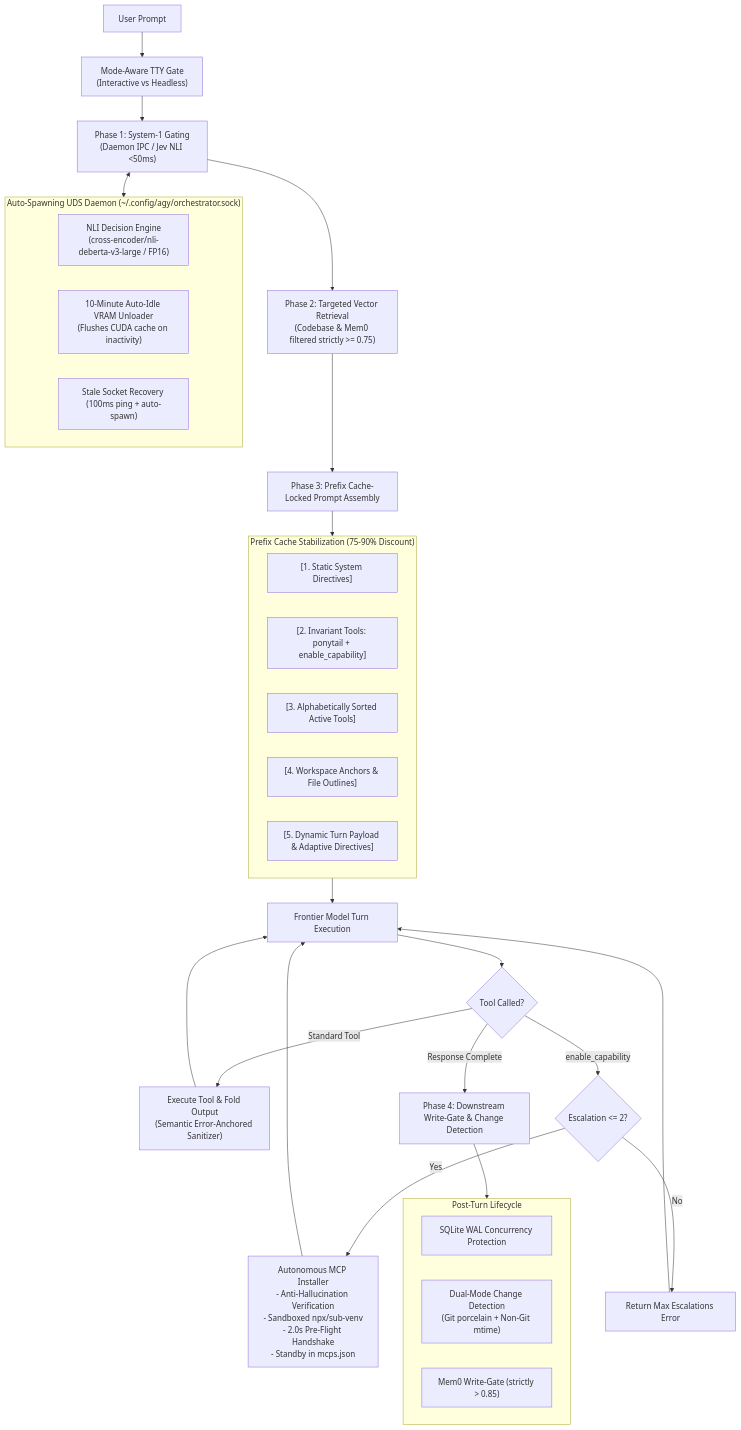
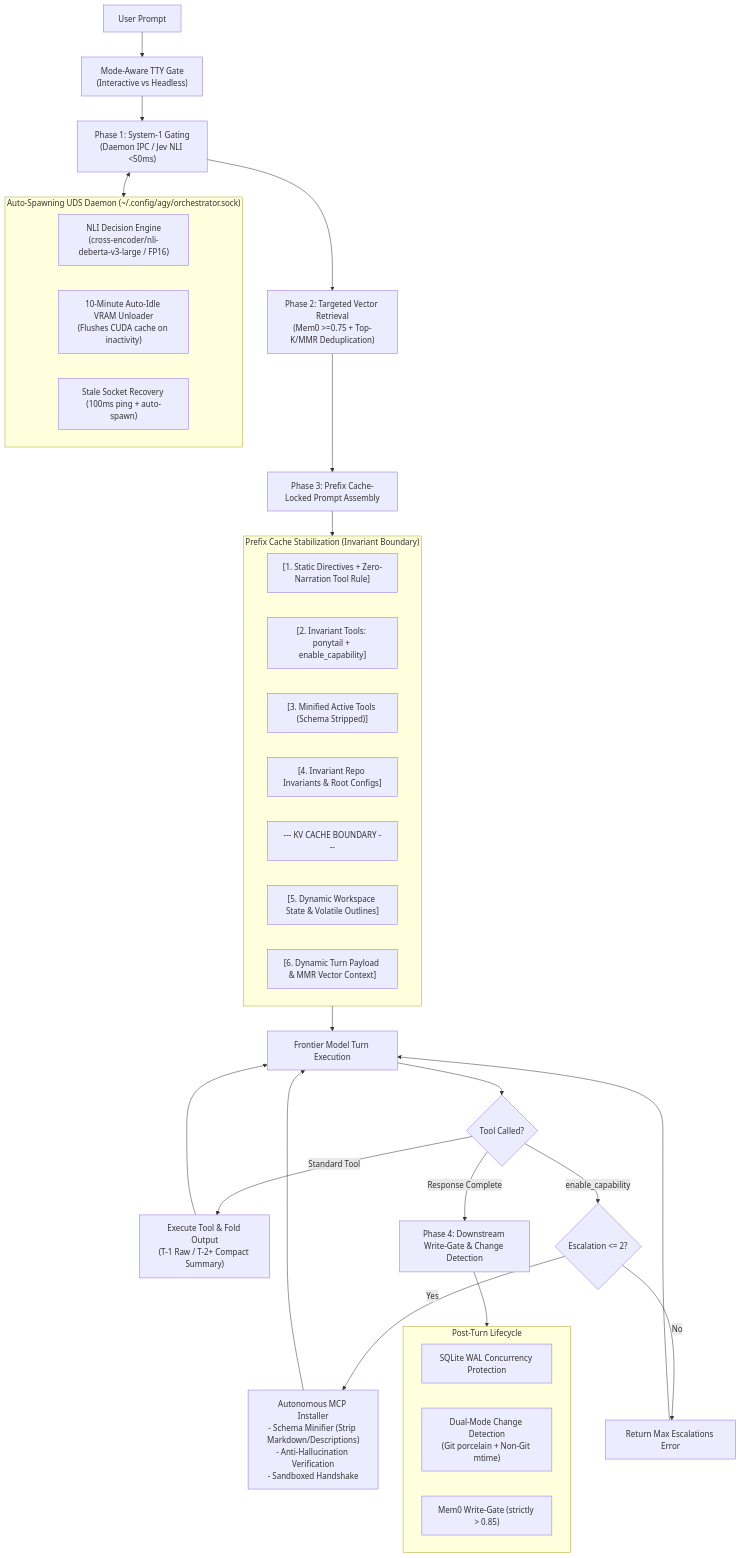
The diagram in README.md (jJohn313/agy-sovereign-orchestrator), drawn with Mermaid before and after one commit. The commit also changed other lines of this file, not shown here.

Commit message:
docs: update architecture overview, prompt caching, MMR retrieval, and test suites in README

````diff
--- a/README.md
+++ b/README.md
@@ -15,42 +15,47 @@
 ```mermaid
 flowchart TD
     User["User Prompt"] --> Mode["Mode-Aware TTY Gate\n(Interactive vs Headless)"]
     Mode --> P1["Phase 1: System-1 Gating\n(Daemon IPC / Jev NLI &lt;50ms)"]
 
     subgraph Daemon ["Auto-Spawning UDS Daemon (~/.config/agy/orchestrator.sock)"]
         NLI["NLI Decision Engine\n(cross-encoder/nli-deberta-v3-large / FP16)"]
         Idle["10-Minute Auto-Idle VRAM Unloader\n(Flushes CUDA cache on inactivity)"]
         Stale["Stale Socket Recovery (100ms ping + auto-spawn)"]
     end
     P1 <--> Daemon
 
-    P1 --> P2["Phase 2: Targeted Vector Retrieval\n(Codebase & Mem0 filtered strictly &gt;= 0.75)"]
+    P1 --> P2["Phase 2: Targeted Vector Retrieval\n(Mem0 &gt;=0.75 + Top-K/MMR Deduplication)"]
     P2 --> P3["Phase 3: Prefix Cache-Locked Prompt Assembly"]
 
-    subgraph PrefixLock ["Prefix Cache Stabilization (75-90% Discount)"]
-        L1["[1. Static System Directives]"]
+    subgraph PrefixLock ["Prefix Cache Stabilization (Invariant Boundary)"]
+        L1["[1. Static Directives + Zero-Narration Tool Rule]"]
         L2["[2. Invariant Tools: ponytail + enable_capability]"]
-        L3["[3. Alphabetically Sorted Active Tools]"]
-        L4["[4. Workspace Anchors & File Outlines]"]
-        L5["[5. Dynamic Turn Payload & Adaptive Directives]"]
+        L3["[3. Minified Active Tools (Schema Stripped)]"]
+        L4a["[4. Invariant Repo Invariants & Root Configs]"]
+        
+        %% Cache boundary line
+        CacheCutoff["--- KV CACHE BOUNDARY ---"]
+        
+        L4b["[5. Dynamic Workspace State & Volatile Outlines]"]
+        L5["[6. Dynamic Turn Payload & MMR Vector Context]"]
     end
     P3 --> PrefixLock
 
     PrefixLock --> Frontier["Frontier Model Turn Execution"]
 
     Frontier --> ToolCall{"Tool Called?"}
-    ToolCall -- Standard Tool --> ExecTool["Execute Tool & Fold Output\n(Semantic Error-Anchored Sanitizer)"]
+    ToolCall -- Standard Tool --> ExecTool["Execute Tool & Fold Output\n(T-1 Raw / T-2+ Compact Summary)"]
     ExecTool --> Frontier
     ToolCall -- enable_capability --> Escalate{"Escalation &lt;= 2?"}
-    Escalate -- Yes --> McpInstall["Autonomous MCP Installer\n- Anti-Hallucination Verification\n- Sandboxed npx/sub-venv\n- 2.0s Pre-Flight Handshake\n- Standby in mcps.json"]
+    Escalate -- Yes --> McpInstall["Autonomous MCP Installer\n- Schema Minifier (Strip Markdown/Descriptions)\n- Anti-Hallucination Verification\n- Sandboxed Handshake"]
     McpInstall --> Frontier
     Escalate -- No --> MaxErr["Return Max Escalations Error"] --> Frontier
     ToolCall -- Response Complete --> P4["Phase 4: Downstream Write-Gate & Change Detection"]
 
     subgraph PostTurn ["Post-Turn Lifecycle"]
         WAL["SQLite WAL Concurrency Protection"]
         Dual["Dual-Mode Change Detection\n(Git porcelain + Non-Git mtime)"]
         Mem0["Mem0 Write-Gate (strictly &gt; 0.85)"]
     end
     P4 --> PostTurn
 ```
````
